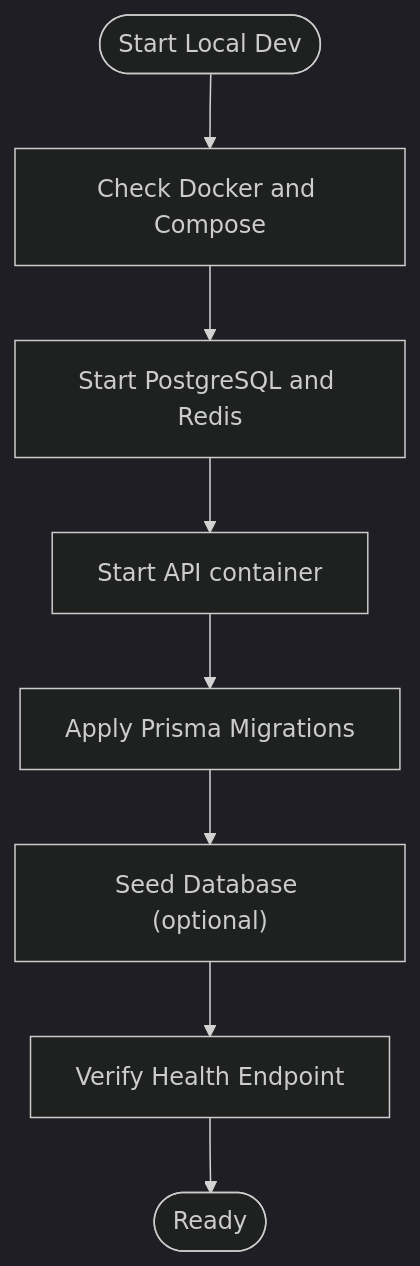
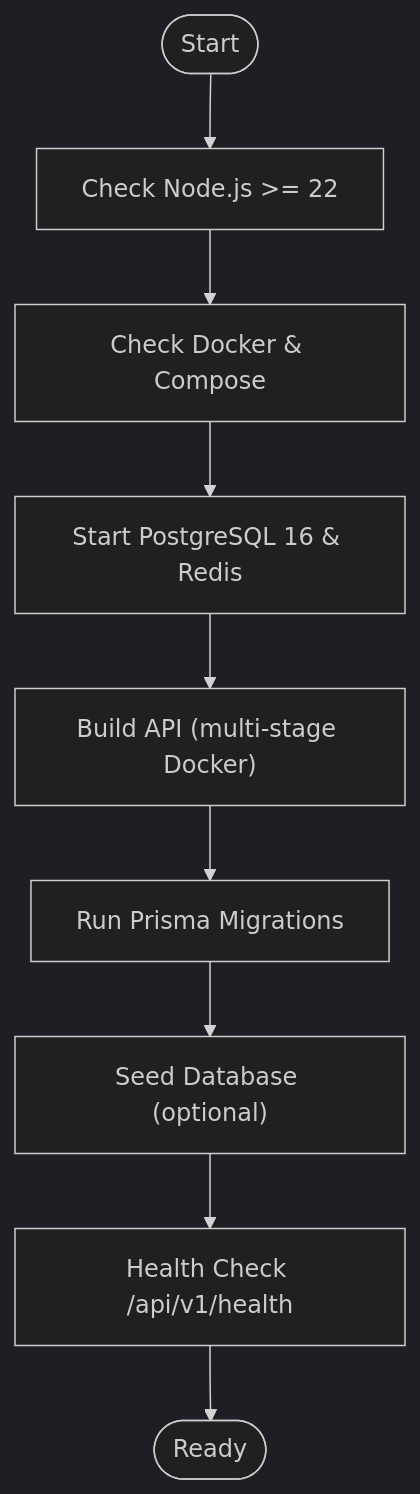
The fourth of 6 diagrams in .qoder/repowiki/en/content/Getting Started.md (BAS-More/Quiz2Biz), drawn with Mermaid (dark theme) before and after one commit. The commit also changed other lines of this file and 263 other files, not shown here.

````diff
--- a/.qoder/repowiki/en/content/Getting Started.md
+++ b/.qoder/repowiki/en/content/Getting Started.md
@@ -134,10 +245,11 @@
 ```mermaid
 flowchart TD
-Start(["Start Local Dev"]) --> CheckDocker["Check Docker and Compose"]
-CheckDocker --> UpInfra["Start PostgreSQL and Redis"]
-UpInfra --> UpAPI["Start API container"]
-UpAPI --> Migrate["Apply Prisma Migrations"]
-Migrate --> Seed["Seed Database (optional)"]
-Seed --> Health["Verify Health Endpoint"]
-Health --> Ready(["Ready"])
+Start(["Start"]) --> CheckNode["Check Node.js >= 22"]
+CheckNode --> CheckDocker["Check Docker & Compose"]
+CheckDocker --> SetupDB["Start PostgreSQL 16 & Redis"]
+SetupDB --> BuildAPI["Build API (multi-stage Docker)"]
+BuildAPI --> RunMigrations["Run Prisma Migrations"]
+RunMigrations --> SeedDB["Seed Database (optional)"]
+SeedDB --> HealthCheck["Health Check /api/v1/health"]
+HealthCheck --> End(["Ready"])
 ```
````
